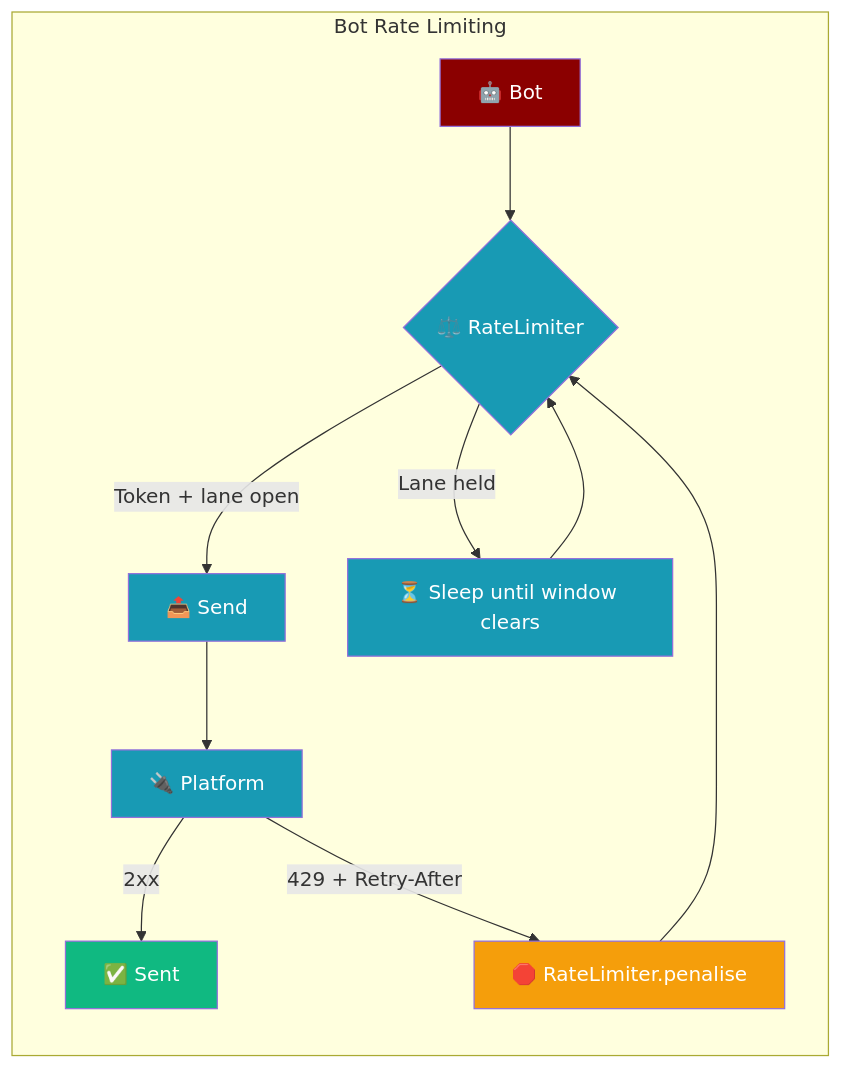
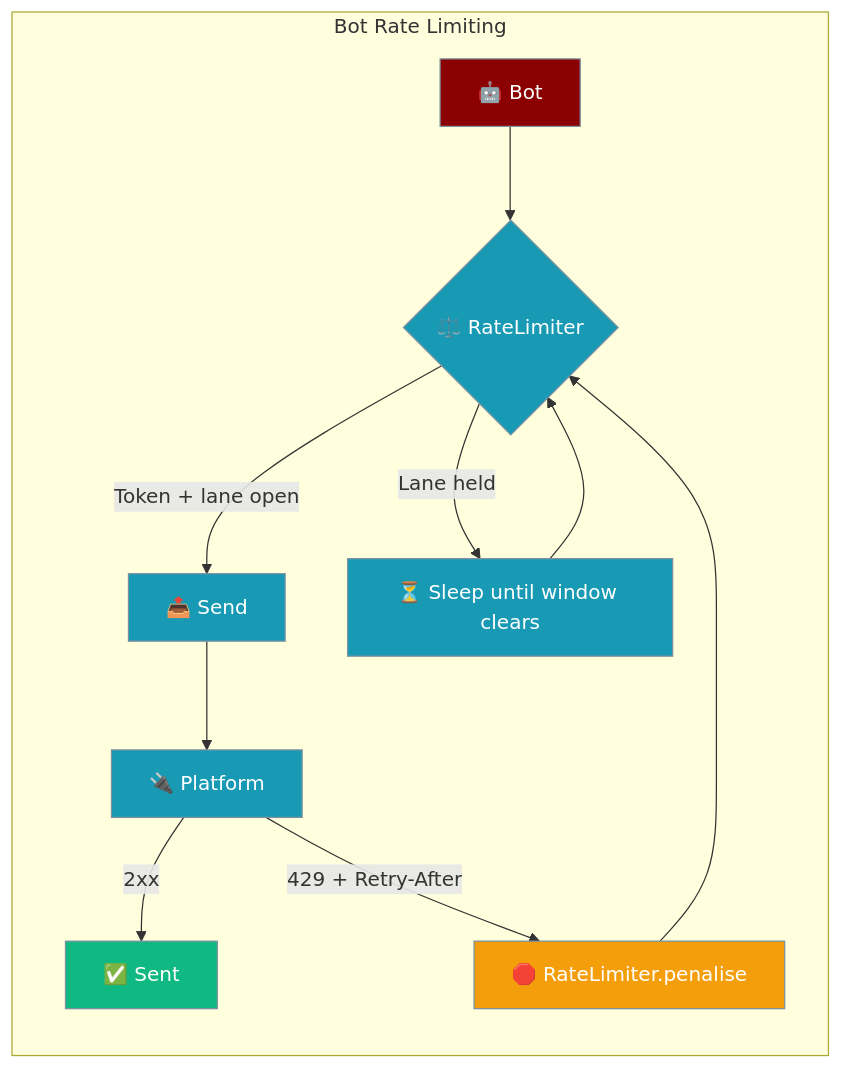
One commit to MervinPraison/PraisonAIDocs changed the first of 3 diagrams in docs/features/bot-rate-limiting.mdx. Above: the diagram before and after it, drawn with Mermaid. The commit also changed 1 other file, not shown here.

Commit message:
fix: add missing stroke color to classDef and fix unicode em dash
- bot-rate-limiting.mdx: add stroke:#7C90A0 to hero diagram classDef entries (AGENTS.md §3.1)
- messaging-bots.mdx: replace unicode escape \u2014 with literal em dash

````diff
--- a/docs/features/bot-rate-limiting.mdx
+++ b/docs/features/bot-rate-limiting.mdx
@@ -10,21 +10,21 @@
 ```mermaid
 graph LR
     subgraph "Bot Rate Limiting"
         B[🤖 Bot] --> L{⚖️ RateLimiter}
         L -->|Token + lane open| Send[📤 Send]
         L -->|Lane held| Wait[⏳ Sleep until window clears]
         Wait --> L
         Send --> P[🔌 Platform]
         P -->|2xx| Done[✅ Sent]
         P -->|429 + Retry-After| Pen[🛑 RateLimiter.penalise]
         Pen --> L
     end
-    classDef agent fill:#8B0000,color:#fff
-    classDef tool fill:#189AB4,color:#fff
-    classDef warn fill:#F59E0B,color:#fff
-    classDef ok fill:#10B981,color:#fff
+    classDef agent fill:#8B0000,stroke:#7C90A0,color:#fff
+    classDef tool fill:#189AB4,stroke:#7C90A0,color:#fff
+    classDef warn fill:#F59E0B,stroke:#7C90A0,color:#fff
+    classDef ok fill:#10B981,stroke:#7C90A0,color:#fff
     class B agent
     class L,Send,Wait,P tool
     class Pen warn
     class Done ok
 ```
````
